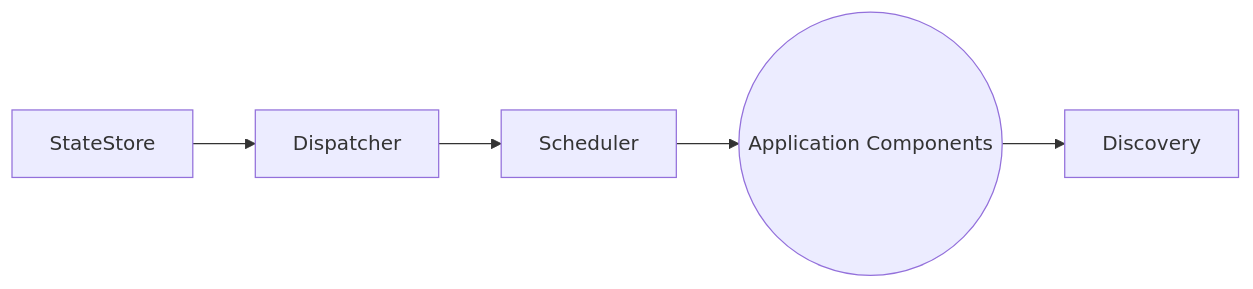
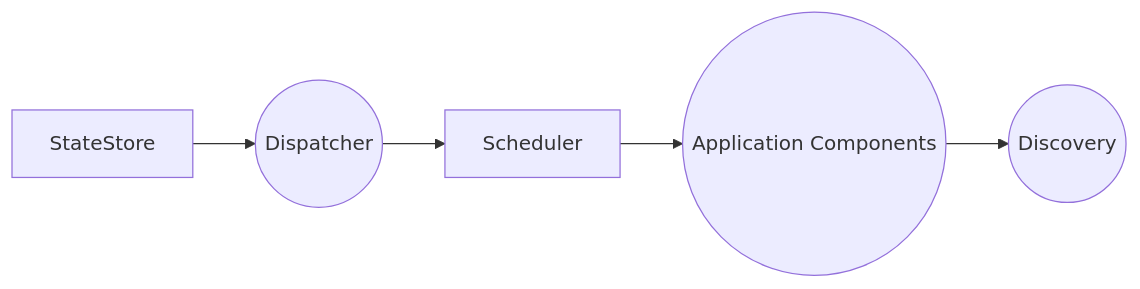
Before and after one commit to asbjornenge/dux: the diagram in core.mermaid, drawn with Mermaid. The commit also changed 4 other files, not shown here.

```diff
--- a/core.mermaid
+++ b/core.mermaid
@@ -1,12 +1,12 @@
 graph LR;
 
 	StateStore;
-	Dispatcher;
+	Dispatcher((Dispatcher));
 	Scheduler;
-	Discovery;
+	Discovery((Discovery));
 	Applications((Application Components));
 
 	StateStore --> Dispatcher
 	Dispatcher --> Scheduler
 	Scheduler --> Applications
 	Applications --> Discovery
```
